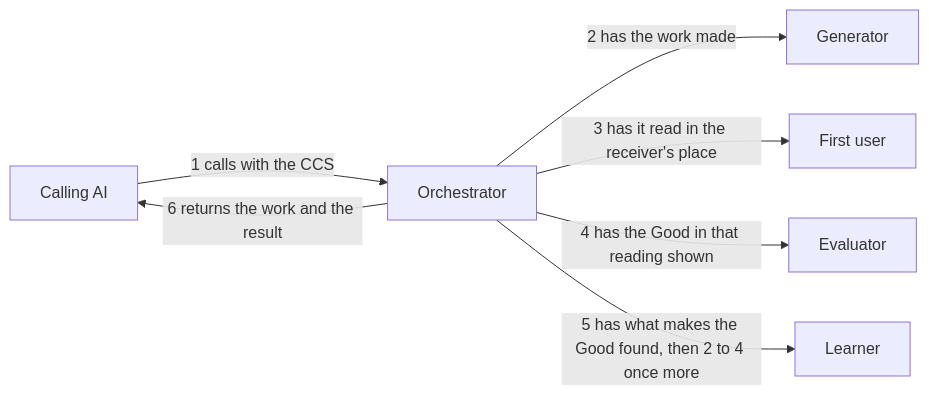
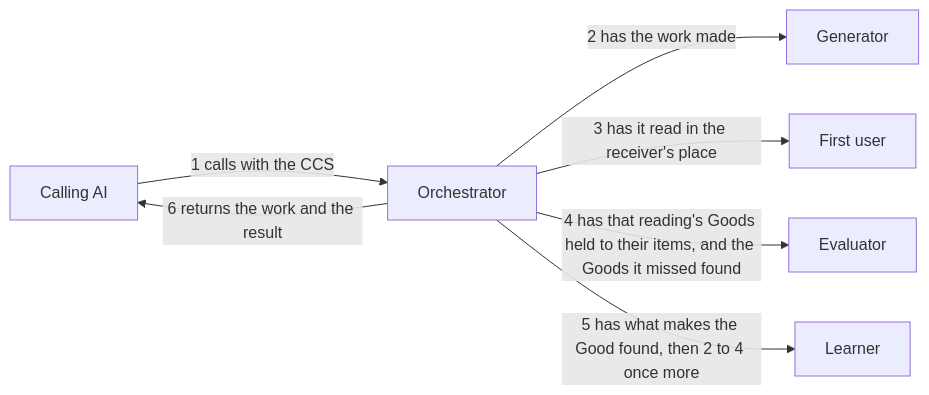
The diagram in dev/turn/design.md (lovaizu/ccpm), drawn with Mermaid before and after one commit. The commit also changed other lines of this file and 12 other files, not shown here.

First line of the commit message:
turn: every role looks for the Good alone; the generator sets each item's Good before it writes, the first user gives the Goods it finds, the evaluator holds them to their items and finds those missed

````diff
--- a/dev/turn/design.md
+++ b/dev/turn/design.md
@@ -19,15 +19,15 @@
 ```mermaid
 flowchart LR
   caller["Calling AI"]
   orch["Orchestrator"]
   gen["Generator"]
   fu["First user"]
   ev["Evaluator"]
   le["Learner"]
   caller -->|1 calls with the CCS| orch
   orch -->|2 has the work made| gen
   orch -->|3 has it read in the receiver's place| fu
-  orch -->|4 has the Good in that reading shown| ev
+  orch -->|4 has that reading's Goods held to their items, and the Goods it missed found| ev
   orch -->|5 has what makes the Good found, then 2 to 4 once more| le
   orch -->|6 returns the work and the result| caller
 ```
````
